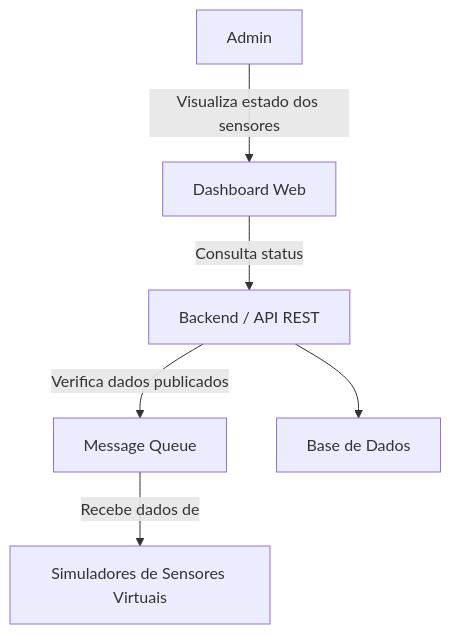
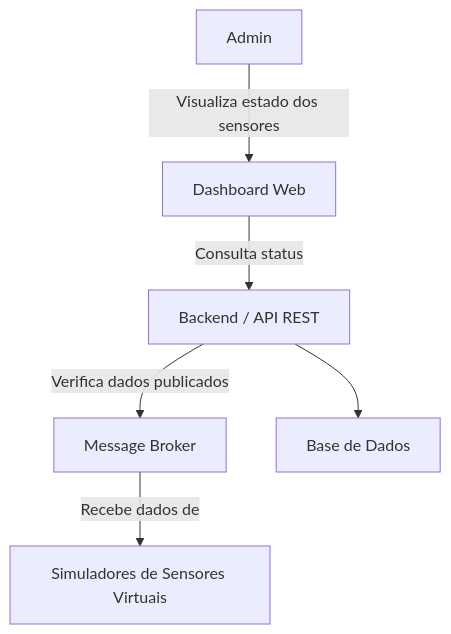
The first of 5 diagrams in prototypes/diagramas.md (detiuaveiro/ies2526-group-project-ies2526_g303), drawn with Mermaid before and after one commit. The commit also changed other lines of this file and 1 other file, not shown here.

Commit message:
Colocar user stories em diagramas.md

````diff
--- a/prototypes/diagramas.md
+++ b/prototypes/diagramas.md
@@ -9,8 +15,8 @@
 ```mermaid
 graph TD
     Admin["Admin"] -->|Visualiza estado dos sensores| Frontend["Dashboard Web"]
     Frontend -->|Consulta status| Backend["Backend / API REST"]
-    Backend -->|Verifica dados publicados| MQ["Message Queue"]
+    Backend -->|Verifica dados publicados| MQ["Message Broker"]
     Backend --> DB["Base de Dados"]
     MQ -->|Recebe dados de| SIM["Simuladores de Sensores Virtuais"]
 ```
````
